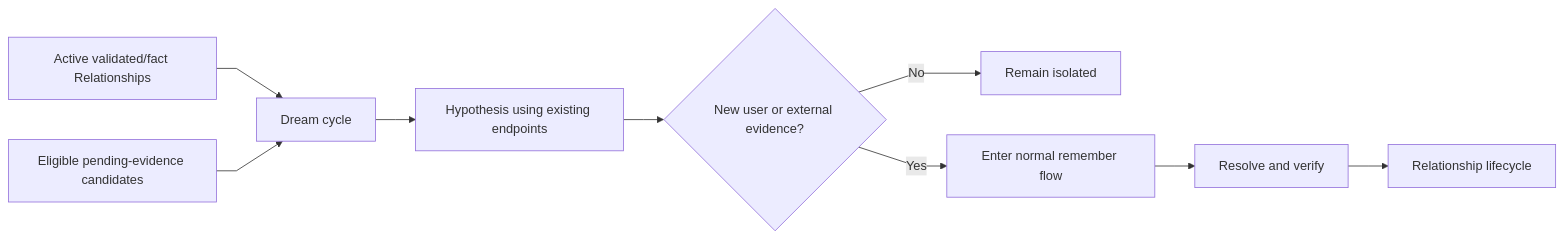
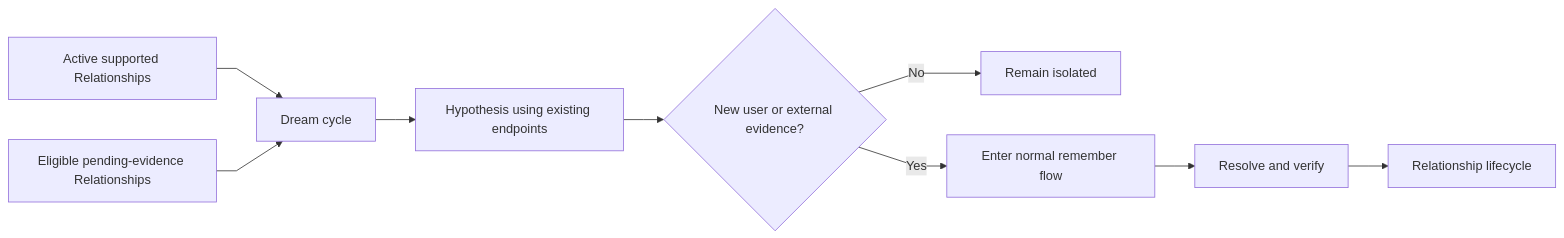
Before and after one commit to markhuangai/dense-mem: the tenth of 10 diagrams in Relationship-Model-And-Lifecycle.md, drawn with Mermaid. The commit also changed other lines of this file and 27 other files, not shown here.

Commit message:
Document tier-free Relationship architecture

````diff
--- a/Relationship-Model-And-Lifecycle.md
+++ b/Relationship-Model-And-Lifecycle.md
@@ -773,12 +777,12 @@
 ```mermaid
 %%{init: {"flowchart": {"curve": "linear"}}}%%
 flowchart LR
-  Active["Active validated/fact Relationships"] --> Dream["Dream cycle"]
-  Pending["Eligible pending-evidence candidates"] --> Dream
+  Active["Active supported Relationships"] --> Dream["Dream cycle"]
+  Pending["Eligible pending-evidence Relationships"] --> Dream
   Dream --> Hypothesis["Hypothesis using existing endpoints"]
   Hypothesis --> Feedback{"New user or external evidence?"}
   Feedback -- No --> Keep["Remain isolated"]
   Feedback -- Yes --> Remember["Enter normal remember flow"]
   Remember --> Verify["Resolve and verify"]
   Verify --> Lifecycle["Relationship lifecycle"]
 ```
````
